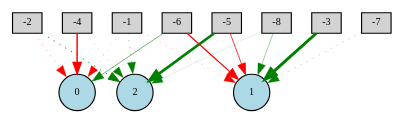
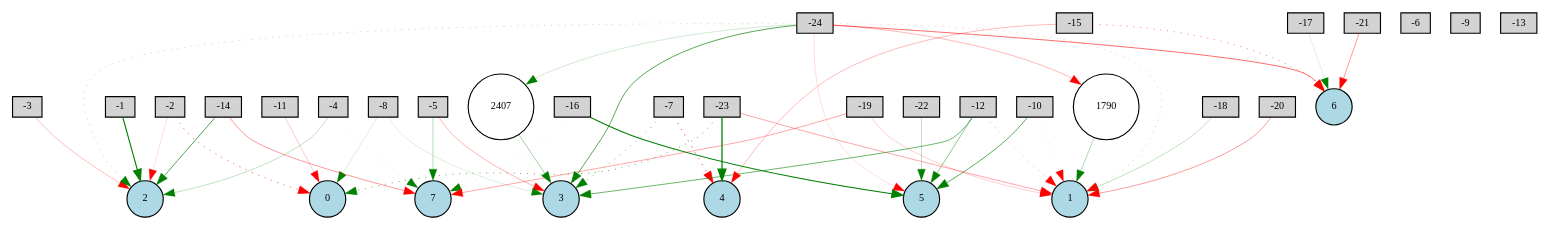
The diagram in Digraph.gv (BhargavaGowda/NEAT-GymPython), drawn with Graphviz before and after one commit. The commit also changed 21 other files, not shown here.

```diff
--- a/Digraph.gv
+++ b/Digraph.gv
@@ -1,29 +1,80 @@
 digraph {
 	node [fontsize=9 height=0.2 shape=circle width=0.2]
 	-1 [fillcolor=lightgray shape=box style=filled]
 	-2 [fillcolor=lightgray shape=box style=filled]
 	-3 [fillcolor=lightgray shape=box style=filled]
 	-4 [fillcolor=lightgray shape=box style=filled]
 	-5 [fillcolor=lightgray shape=box style=filled]
 	-6 [fillcolor=lightgray shape=box style=filled]
 	-7 [fillcolor=lightgray shape=box style=filled]
 	-8 [fillcolor=lightgray shape=box style=filled]
+	-9 [fillcolor=lightgray shape=box style=filled]
+	-10 [fillcolor=lightgray shape=box style=filled]
+	-11 [fillcolor=lightgray shape=box style=filled]
+	-12 [fillcolor=lightgray shape=box style=filled]
+	-13 [fillcolor=lightgray shape=box style=filled]
+	-14 [fillcolor=lightgray shape=box style=filled]
+	-15 [fillcolor=lightgray shape=box style=filled]
+	-16 [fillcolor=lightgray shape=box style=filled]
+	-17 [fillcolor=lightgray shape=box style=filled]
+	-18 [fillcolor=lightgray shape=box style=filled]
+	-19 [fillcolor=lightgray shape=box style=filled]
+	-20 [fillcolor=lightgray shape=box style=filled]
+	-21 [fillcolor=lightgray shape=box style=filled]
+	-22 [fillcolor=lightgray shape=box style=filled]
+	-23 [fillcolor=lightgray shape=box style=filled]
+	-24 [fillcolor=lightgray shape=box style=filled]
 	0 [fillcolor=lightblue style=filled]
 	1 [fillcolor=lightblue style=filled]
 	2 [fillcolor=lightblue style=filled]
-	-1 -> 2 [color=green penwidth=0.40718450670501205 style=dotted]
-	-6 -> 1 [color=red penwidth=1.0015227888728286 style=solid]
-	-2 -> 2 [color=green penwidth=0.8163845657935528 style=dotted]
-	-5 -> 2 [color=green penwidth=2.356328379519825 style=solid]
-	-5 -> 1 [color=red penwidth=0.7022737946721932 style=solid]
-	-8 -> 2 [color=green penwidth=0.1067585450217875 style=solid]
-	-3 -> 1 [color=green penwidth=2.5795787005536996 style=solid]
-	-1 -> 1 [color=red penwidth=0.2551091708097152 style=dotted]
-	-1 -> 0 [color=red penwidth=0.19894839750349122 style=dotted]
-	-7 -> 1 [color=green penwidth=0.32461879040635805 style=dotted]
-	-4 -> 0 [color=red penwidth=1.286055798626884 style=solid]
-	-4 -> 2 [color=green penwidth=0.23148583723352575 style=dotted]
-	-2 -> 0 [color=red penwidth=0.3453457984849147 style=dotted]
-	-8 -> 1 [color=green penwidth=0.33244270442712454 style=solid]
-	-6 -> 0 [color=green penwidth=0.501394745971503 style=solid]
+	3 [fillcolor=lightblue style=filled]
+	4 [fillcolor=lightblue style=filled]
+	5 [fillcolor=lightblue style=filled]
+	6 [fillcolor=lightblue style=filled]
+	7 [fillcolor=lightblue style=filled]
+	2407 [fillcolor=white style=filled]
+	1790 [fillcolor=white style=filled]
+	-12 -> 5 [color=green penwidth=0.3890259513497506 style=solid]
+	-12 -> 3 [color=green penwidth=0.5115839260182323 style=solid]
+	-5 -> 3 [color=red penwidth=0.269239730042509 style=solid]
+	-2 -> 0 [color=red penwidth=0.5553057104654424 style=dotted]
+	-10 -> 5 [color=green penwidth=0.5702083500399008 style=solid]
+	-8 -> 3 [color=green penwidth=0.12188542884473799 style=solid]
+	-11 -> 0 [color=red penwidth=0.1946585438116456 style=solid]
+	-23 -> 1 [color=red penwidth=0.3083772445519988 style=solid]
+	-24 -> 5 [color=red penwidth=0.12133671520516962 style=solid]
+	-3 -> 2 [color=red penwidth=0.23092668751285816 style=solid]
+	-20 -> 1 [color=red penwidth=0.3493601803961627 style=solid]
+	-10 -> 1 [color=red penwidth=0.12579575765907436 style=dotted]
+	-1 -> 2 [color=green penwidth=0.9716676680324449 style=solid]
+	-18 -> 1 [color=green penwidth=0.21654064078978724 style=solid]
+	-19 -> 1 [color=red penwidth=0.17411892186948452 style=solid]
+	-24 -> 2 [color=green penwidth=0.22685820445801863 style=dotted]
+	-24 -> 3 [color=green penwidth=0.5898319025288228 style=solid]
+	-4 -> 2 [color=green penwidth=0.21782330810028355 style=solid]
+	-7 -> 4 [color=red penwidth=0.6798279334227355 style=dotted]
+	-8 -> 0 [color=green penwidth=0.12426359549254644 style=solid]
+	-15 -> 6 [color=red penwidth=0.4201139465903714 style=dotted]
+	-22 -> 5 [color=green penwidth=0.21730207439196675 style=solid]
+	-24 -> 1 [color=red penwidth=0.21524996846796857 style=dotted]
+	-14 -> 2 [color=green penwidth=0.6213057231214735 style=solid]
+	-23 -> 0 [color=green penwidth=0.5098852880487974 style=dotted]
+	-14 -> 7 [color=red penwidth=0.3616883844963691 style=solid]
+	-15 -> 4 [color=red penwidth=0.2435462404662835 style=solid]
+	-2 -> 2 [color=red penwidth=0.12305000233256369 style=solid]
+	-16 -> 5 [color=green penwidth=0.927148400804262 style=solid]
+	-16 -> 7 [color=green penwidth=0.12701452839973112 style=dotted]
+	-12 -> 1 [color=red penwidth=0.2903621084637995 style=dotted]
+	-19 -> 7 [color=red penwidth=0.31481105368271234 style=solid]
+	-23 -> 4 [color=green penwidth=1.118938333018458 style=solid]
+	-4 -> 7 [color=green penwidth=0.1299664901790024 style=dotted]
+	-21 -> 6 [color=red penwidth=0.3606450985530584 style=solid]
+	-24 -> 6 [color=red penwidth=0.5138028110699129 style=solid]
+	-7 -> 3 [color=green penwidth=0.4399563455351865 style=dotted]
+	-24 -> 1790 [color=red penwidth=0.25147301979273884 style=solid]
+	1790 -> 1 [color=green penwidth=0.29203590671818414 style=solid]
+	-24 -> 2407 [color=green penwidth=0.16309882177222146 style=solid]
+	2407 -> 3 [color=green penwidth=0.3225051052212691 style=solid]
+	-17 -> 6 [color=green penwidth=0.10734941804247627 style=solid]
+	-5 -> 7 [color=green penwidth=0.26153965462734186 style=solid]
 }
```
